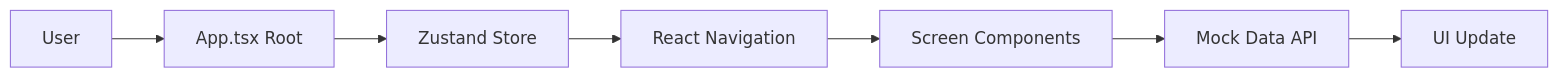
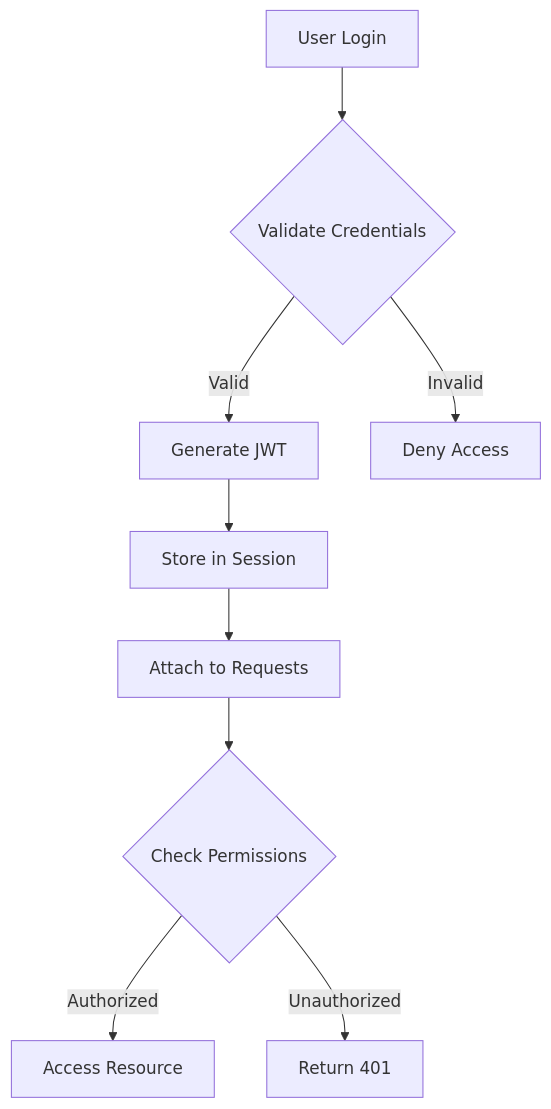
The second of 4 diagrams in docs/system-architecture.md (BoneTheDeveloper/Electronic-Contact-Contact-Book), drawn with Mermaid before and after one commit. The commit also changed other lines of this file and 28 other files, not shown here.

````diff
--- a/docs/system-architecture.md
+++ b/docs/system-architecture.md
@@ -145,9 +318,11 @@
 ```mermaid
-graph LR
-    A[User] --> B[App.tsx Root]
-    B --> C[Zustand Store]
-    C --> D[React Navigation]
-    D --> E[Screen Components]
-    E --> F[Mock Data API]
-    F --> G[UI Update]
+graph TD
+    A[User Login] --> B{Validate Credentials}
+    B -->|Valid| C[Generate JWT]
+    B -->|Invalid| D[Deny Access]
+    C --> E[Store in Session]
+    E --> F[Attach to Requests]
+    F --> G{Check Permissions}
+    G -->|Authorized| H[Access Resource]
+    G -->|Unauthorized| I[Return 401]
 ```
````
